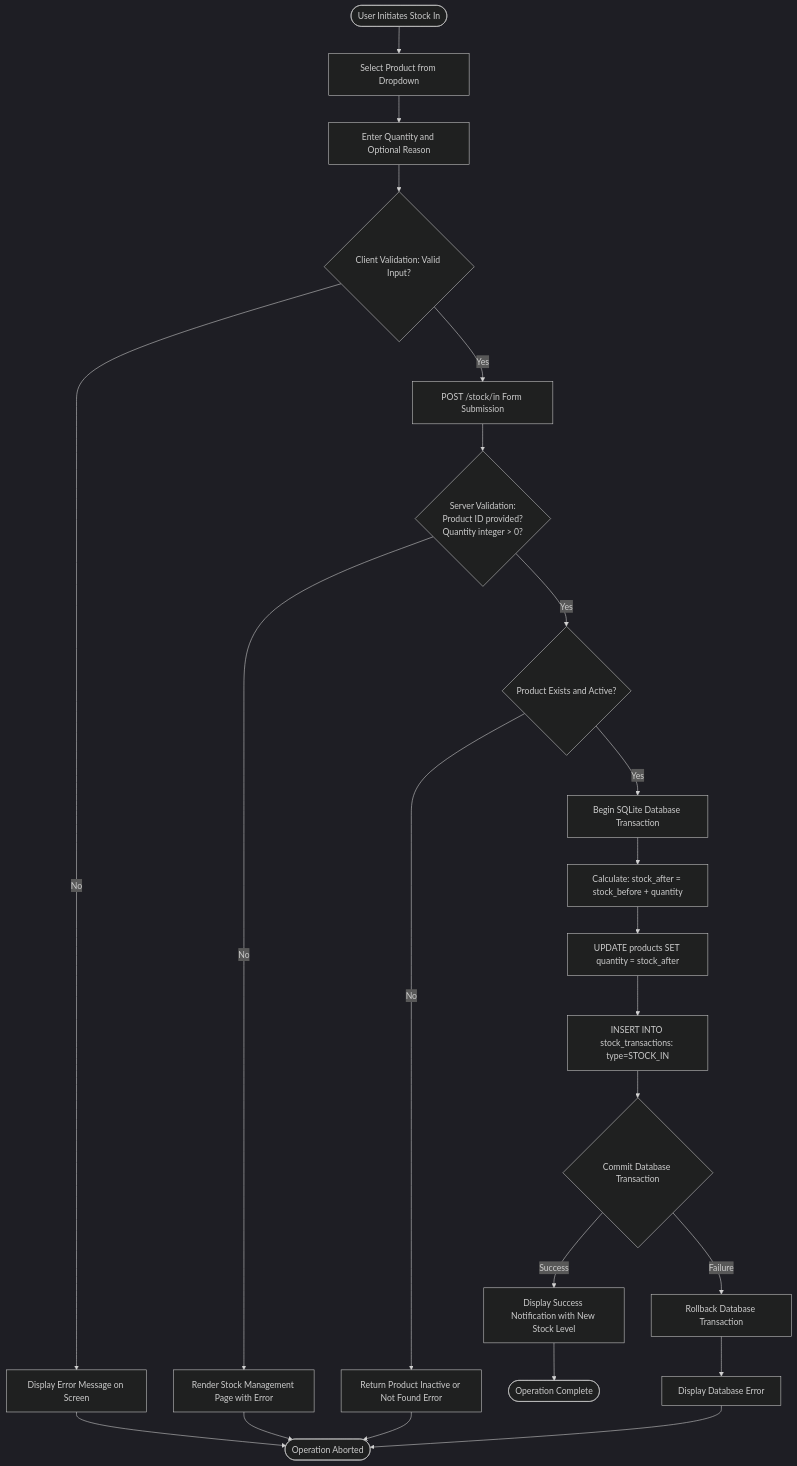
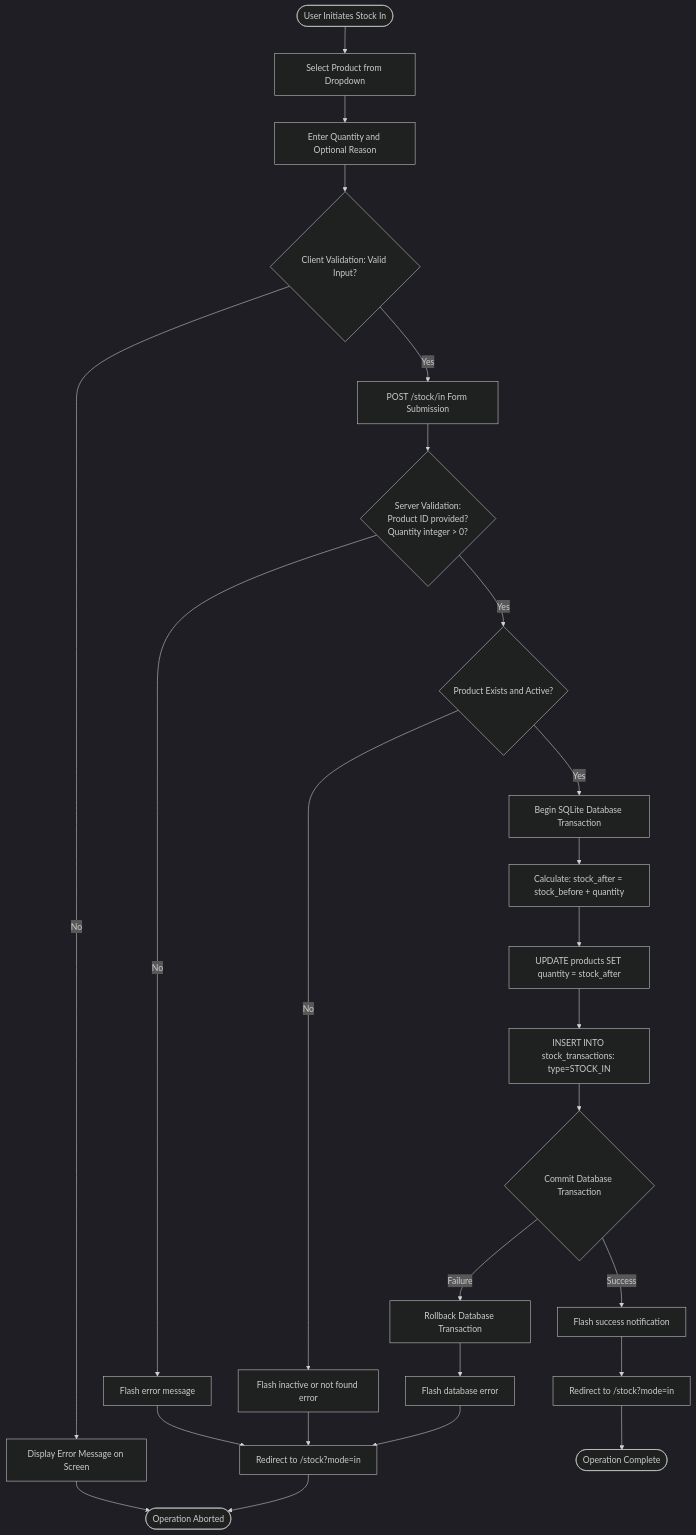
Before and after one commit to md-suleiman/Stockly: the first of 3 diagrams in docs/flowchart.md, drawn with Mermaid (dark theme). The commit also changed other lines of this file and 5 other files, not shown here.

````diff
--- a/docs/flowchart.md
+++ b/docs/flowchart.md
@@ -11,24 +11,24 @@
 ```mermaid
 flowchart TD
     Start([User Initiates Stock In]) --> SelectProduct[Select Product from Dropdown]
     SelectProduct --> InputData[Enter Quantity and Optional Reason]
     InputData --> ClientValidation{Client Validation: Valid Input?}
     
     ClientValidation -- No --> ShowClientError[Display Error Message on Screen] --> EndFail([Operation Aborted])
     ClientValidation -- Yes --> SubmitHTTP[POST /stock/in Form Submission]
     
     SubmitHTTP --> ServerValidation{Server Validation:<br/>Product ID provided?<br/>Quantity integer > 0?}
-    ServerValidation -- No --> ReturnValidationError[Render Stock Management Page with Error] --> EndFail
+    ServerValidation -- No --> FlashValidationError[Flash error message] --> RedirectIn[Redirect to /stock?mode=in] --> EndFail
     
     ServerValidation -- Yes --> CheckProduct{Product Exists and Active?}
-    CheckProduct -- No --> ReturnInactiveError[Return Product Inactive or Not Found Error] --> EndFail
+    CheckProduct -- No --> FlashInactiveError[Flash inactive or not found error] --> RedirectIn
     
     CheckProduct -- Yes --> BeginTxn[Begin SQLite Database Transaction]
     BeginTxn --> CalcStock[Calculate: stock_after = stock_before + quantity]
     CalcStock --> UpdateProduct[UPDATE products SET quantity = stock_after]
     UpdateProduct --> InsertTxn[INSERT INTO stock_transactions: type=STOCK_IN]
     
     InsertTxn --> CommitTxn{Commit Database Transaction}
-    CommitTxn -- Success --> ReturnSuccess[Display Success Notification with New Stock Level] --> EndSuccess([Operation Complete])
-    CommitTxn -- Failure --> RollbackTxn[Rollback Database Transaction] --> ReturnDBError[Display Database Error] --> EndFail
+    CommitTxn -- Success --> FlashSuccess[Flash success notification] --> RedirectInSuccess[Redirect to /stock?mode=in] --> EndSuccess([Operation Complete])
+    CommitTxn -- Failure --> RollbackTxn[Rollback Database Transaction] --> FlashDBError[Flash database error] --> RedirectIn
 ```
````
